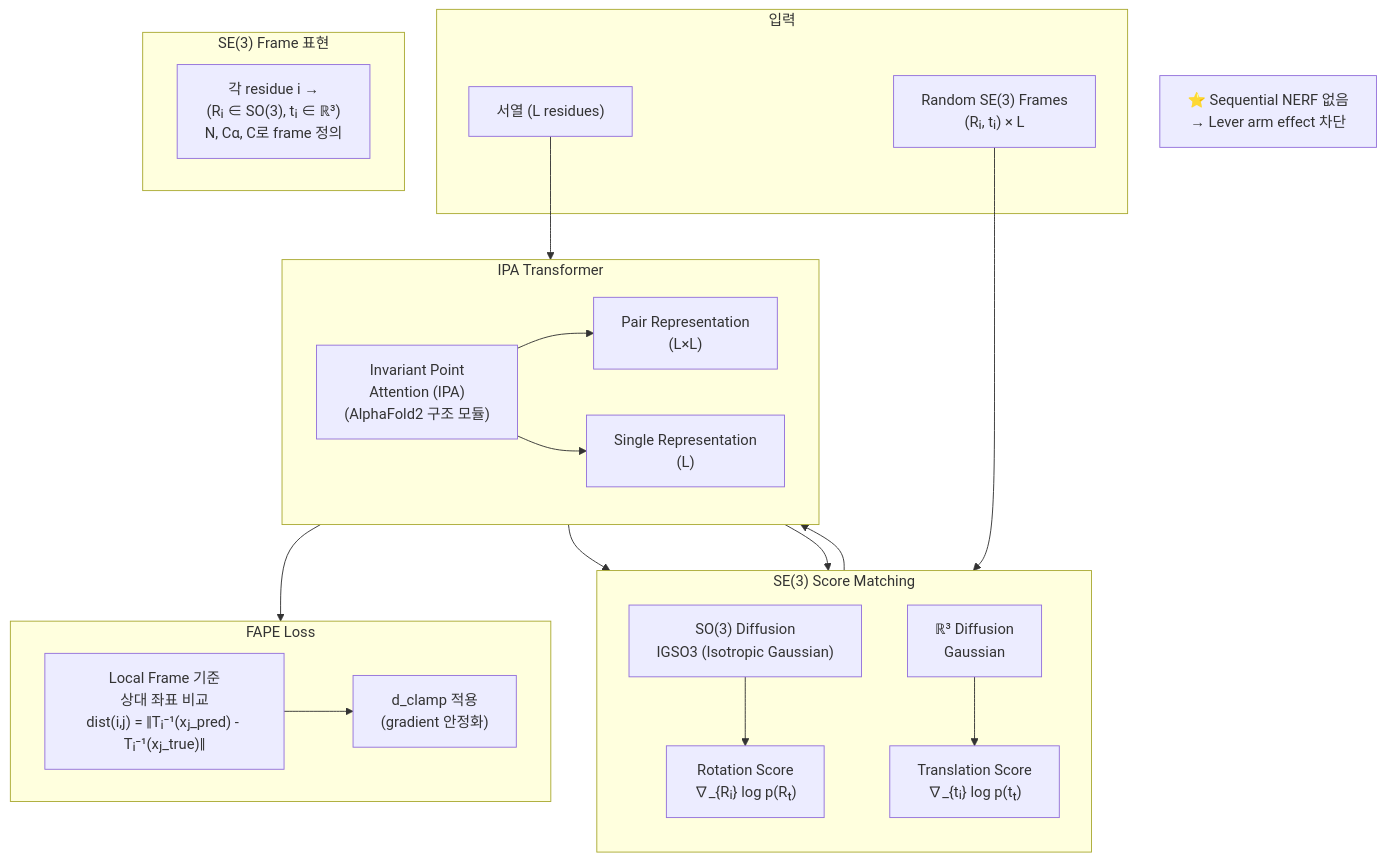
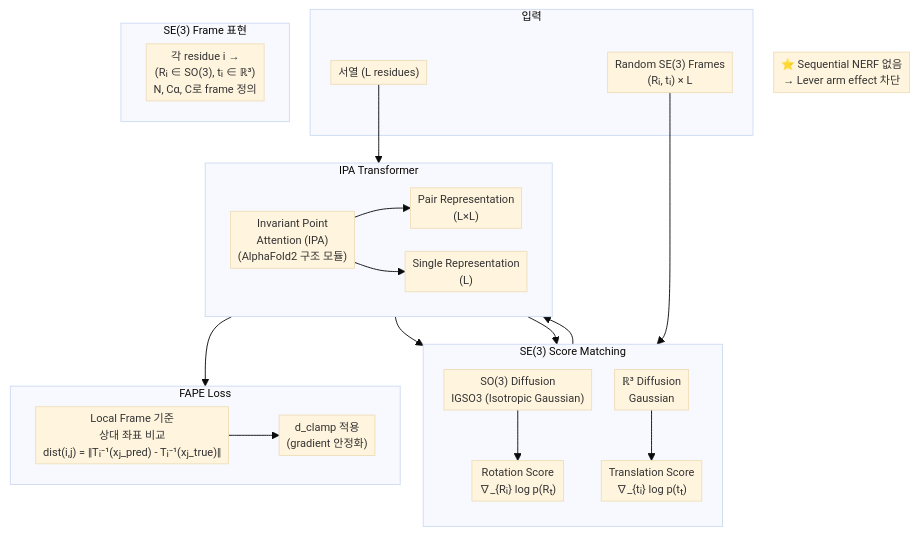
One commit to rlaalswhd199/PARA-vault changed the diagram in 1_Projects/Project_A/Reading_Notes/Paper_Yim23_FrameDiff.md. Above: the diagram before and after it, drawn with Mermaid. The commit also changed 41 other files, not shown here.

First line of the commit message:
feat: mermaid 다이어그램 한눈에 보이게 — init 디렉티브 + CSS 스니펫

````diff
--- a/1_Projects/Project_A/Reading_Notes/Paper_Yim23_FrameDiff.md
+++ b/1_Projects/Project_A/Reading_Notes/Paper_Yim23_FrameDiff.md
@@ -20,42 +20,43 @@
 ```mermaid
+%%{init: {'theme':'base', 'flowchart': {'htmlLabels': false, 'curve': 'basis', 'nodeSpacing': 25, 'rankSpacing': 30, 'padding': 4, 'useMaxWidth': true}, 'themeVariables': {'fontSize': '12px'}}}%%
 flowchart TB
     subgraph INPUT["입력"]
         SEQ["서열 (L residues)"]
         NOISE["Random SE(3) Frames\n(Rᵢ, tᵢ) × L"]
     end
 
     subgraph REPR["SE(3) Frame 표현"]
         FRAME["각 residue i →\n(Rᵢ ∈ SO(3), tᵢ ∈ ℝ³)\nN, Cα, C로 frame 정의"]
     end
 
     subgraph DIFFUSION["SE(3) Score Matching"]
         direction TB
         ROT["SO(3) Diffusion\nIGSO3 (Isotropic Gaussian)"]
         TRANS["ℝ³ Diffusion\nGaussian"]
         SCORE_R["Rotation Score\n∇_{Rᵢ} log p(Rₜ)"]
         SCORE_T["Translation Score\n∇_{tᵢ} log p(tₜ)"]
         ROT --> SCORE_R
         TRANS --> SCORE_T
     end
 
     subgraph MODEL["IPA Transformer"]
         IPA["Invariant Point\nAttention (IPA)\n(AlphaFold2 구조 모듈)"]
         PAIR["Pair Representation\n(L×L)"]
         SINGLE["Single Representation\n(L)"]
         IPA --> PAIR & SINGLE
     end
 
     subgraph LOSS["FAPE Loss"]
         LOCAL["Local Frame 기준\n상대 좌표 비교\ndist(i,j) = ‖Tᵢ⁻¹(xⱼ_pred) - Tᵢ⁻¹(xⱼ_true)‖"]
         CLAMP["d_clamp 적용\n(gradient 안정화)"]
         LOCAL --> CLAMP
     end
 
     SEQ --> MODEL
     NOISE --> DIFFUSION
     DIFFUSION --> MODEL
     MODEL --> SCORE_R & SCORE_T
     MODEL --> LOSS
 
     note1["⭐ Sequential NERF 없음\n→ Lever arm effect 차단"]
 ```
````
